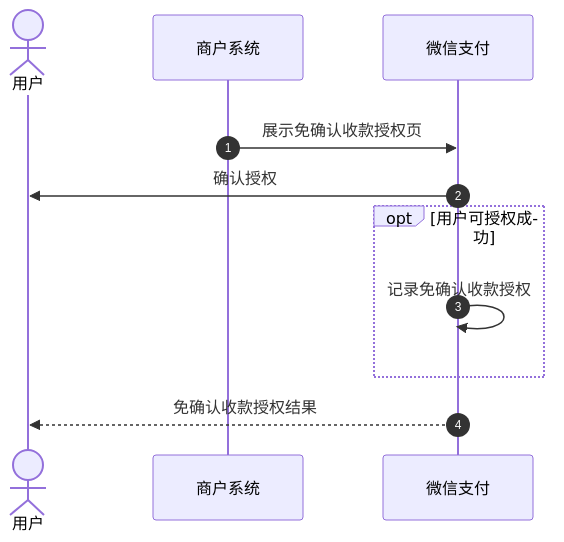
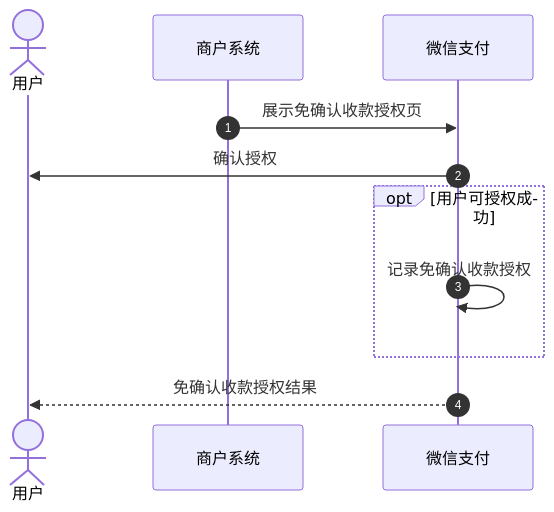
One commit to minibear2021/wechatpay_docs changed the seventh of 9 diagrams in docs/merchant/pages/4012715211.md. Above: the diagram before and after it, drawn with Mermaid. The commit also changed other lines of this file and 46 other files, not shown here.

````diff
--- a/docs/merchant/pages/4012715211.md
+++ b/docs/merchant/pages/4012715211.md
@@ -295,18 +278,13 @@
 ```mermaid
 sequenceDiagram
-    rect rgb(255,255,255)
-        autonumber
-        actor User as 用户
-        participant Mch as 商户系统
-        participant WxPay as 微信支付
-
-        Mch->>WxPay: 展示免确认收款授权页
-        WxPay->>User: 确认授权
-
-        opt 用户可授权成功
-            WxPay->>WxPay: 记录免确认收款授权
-        end
-
-        WxPay-->>User: 免确认收款授权结果
-    end
+  autonumber
+  actor p0 as 用户
+  participant p1 as 商户系统
+  participant p2 as 微信支付
+  p1->>p2: 展示免确认收款授权页
+  p2->>p0: 确认授权
+  opt 用户可授权成功
+    p2->>p2: 记录免确认收款授权
+  end
+  p2-->>p0: 免确认收款授权结果
 ```
````
